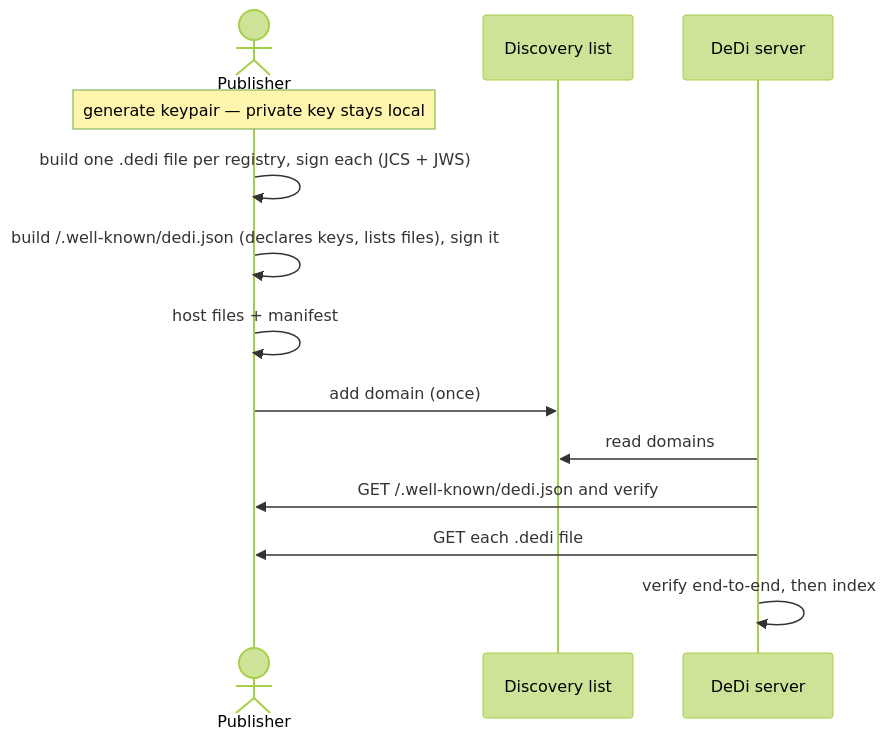
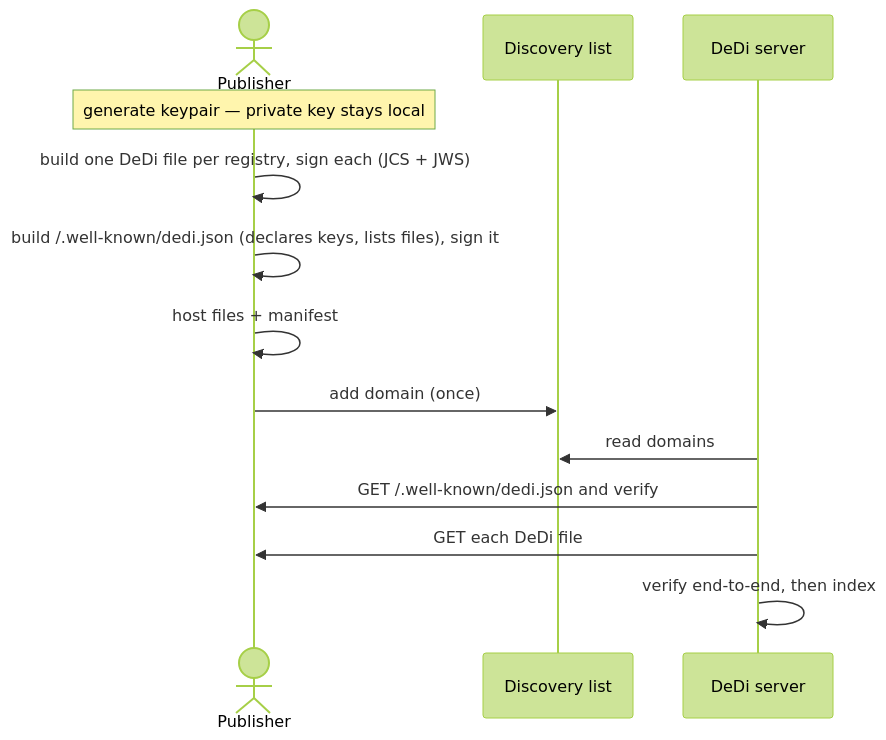
One commit to nfh-trust-labs/DeDi changed the first of 6 diagrams in docs/publishing-dedi-files.md. Above: the diagram before and after it, drawn with Mermaid (forest theme). The commit also changed other lines of this file and 7 other files, not shown here.

````diff
--- a/docs/publishing-dedi-files.md
+++ b/docs/publishing-dedi-files.md
@@ -402,15 +450,15 @@
 ```mermaid
 sequenceDiagram
     actor P as Publisher
     participant L as Discovery list
     participant S as DeDi server
     Note over P: generate keypair — private key stays local
-    P->>P: build one .dedi file per registry, sign each (JCS + JWS)
+    P->>P: build one DeDi file per registry, sign each (JCS + JWS)
     P->>P: build /.well-known/dedi.json (declares keys, lists files), sign it
     P->>P: host files + manifest
     P->>L: add domain (once)
     S->>L: read domains
     S->>P: GET /.well-known/dedi.json and verify
-    S->>P: GET each .dedi file
+    S->>P: GET each DeDi file
     S->>S: verify end-to-end, then index
 ```
````
